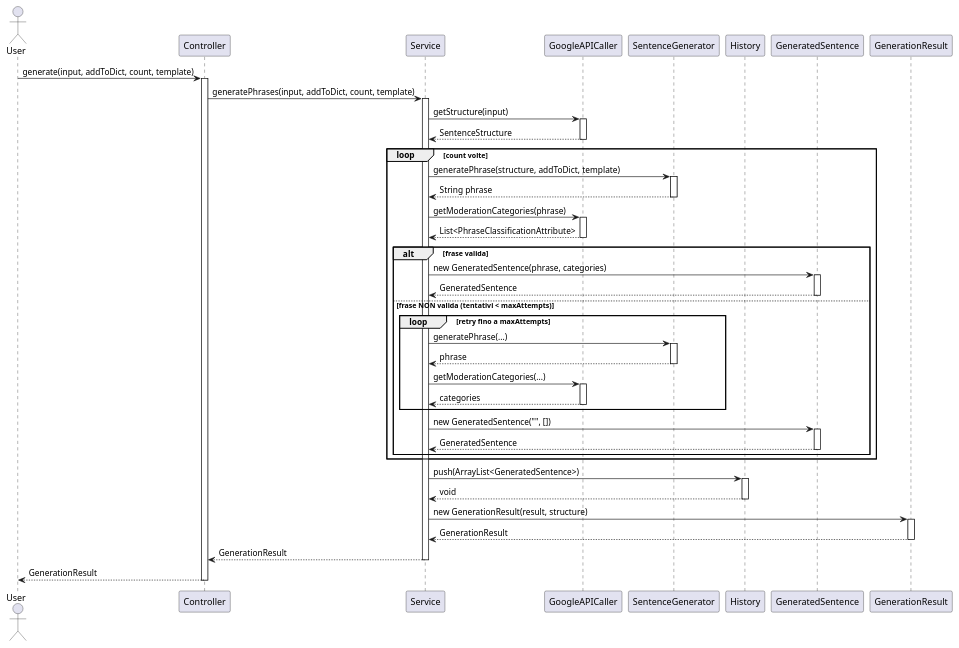
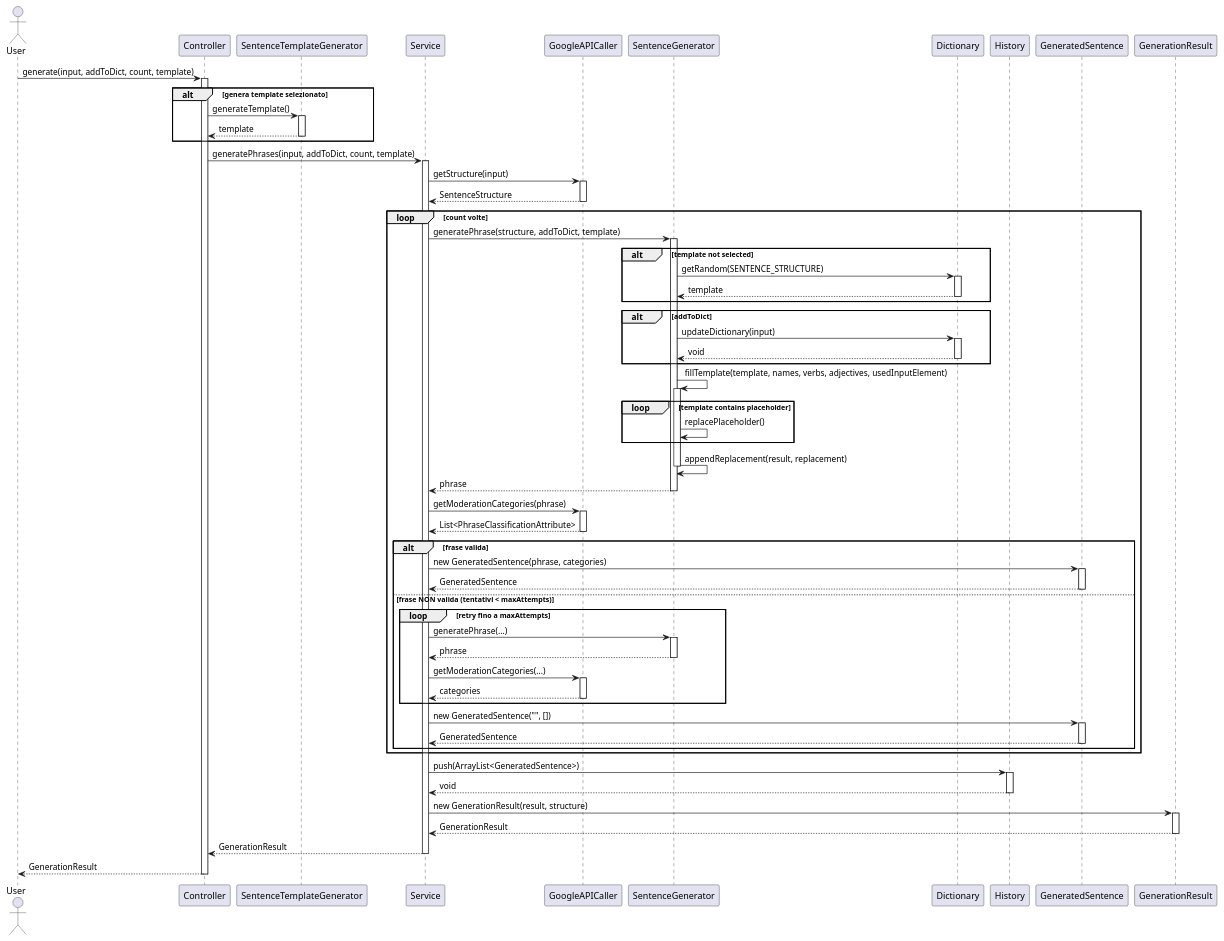
One commit to KosumovicDenis/NonsenseGenerator changed the diagram in deliverables/uml_diagrams/Internal1.plantuml. Above: the diagram before and after it, drawn with PlantUML. The commit also changed other lines of this file and 1 other file, not shown here.

```diff
--- a/deliverables/uml_diagrams/Internal1.plantuml
+++ b/deliverables/uml_diagrams/Internal1.plantuml
@@ -1,71 +1,104 @@
 @startuml
 actor User
 participant Controller
+participant SentenceTemplateGenerator as TemplateGen
 participant Service
 participant GoogleAPICaller as API
 participant SentenceGenerator as Generator
+participant Dictionary
 participant History
 participant GeneratedSentence
 participant GenerationResult
 
 User -> Controller : generate(input, addToDict, count, template)
 activate Controller
+
+alt genera template selezionato
+    Controller -> TemplateGen : generateTemplate()
+    activate TemplateGen
+    TemplateGen --> Controller : template
+    deactivate TemplateGen
+end
+
 Controller -> Service : generatePhrases(input, addToDict, count, template)
 activate Service
 
 Service -> API : getStructure(input)
 activate API
 API --> Service : SentenceStructure
 deactivate API
 
 loop count volte
     Service -> Generator : generatePhrase(structure, addToDict, template)
     activate Generator
-    Generator --> Service : String phrase
+
+    alt template not selected
+        Generator -> Dictionary : getRandom(SENTENCE_STRUCTURE)
+        activate Dictionary
+        Dictionary --> Generator : template
+        deactivate Dictionary
+    end
+
+    alt addToDict
+        Generator -> Dictionary : updateDictionary(input)
+        activate Dictionary
+        Dictionary --> Generator : void
+        deactivate Dictionary
+    end
+
+    Generator -> Generator : fillTemplate(template, names, verbs, adjectives, usedInputElement)
+    activate Generator
+    loop template contains placeholder
+        Generator -> Generator : replacePlaceholder()
+    end
+    Generator -> Generator : appendReplacement(result, replacement)
+    deactivate Generator
+
+    Generator --> Service : phrase
     deactivate Generator
 
     Service -> API : getModerationCategories(phrase)
     activate API
     API --> Service : List<PhraseClassificationAttribute>
     deactivate API
 
     alt frase valida
         Service -> GeneratedSentence : new GeneratedSentence(phrase, categories)
         activate GeneratedSentence
         Service <-- GeneratedSentence : GeneratedSentence
         deactivate GeneratedSentence
     else frase NON valida (tentativi < maxAttempts)
         loop retry fino a maxAttempts
             Service -> Generator : generatePhrase(...)
             activate Generator
             Generator --> Service : phrase
             deactivate Generator
 
             Service -> API : getModerationCategories(...)
             activate API
             API --> Service : categories
             deactivate API
         end
         Service -> GeneratedSentence : new GeneratedSentence("", [])
         activate GeneratedSentence
         Service <-- GeneratedSentence : GeneratedSentence
         deactivate GeneratedSentence
     end
 end
 
 Service -> History : push(ArrayList<GeneratedSentence>)
 activate History
 History --> Service : void
 deactivate History
 
 Service -> GenerationResult : new GenerationResult(result, structure)
 activate GenerationResult
 GenerationResult --> Service : GenerationResult
 deactivate GenerationResult
 
 Service --> Controller : GenerationResult
 deactivate Service
 
 Controller --> User : GenerationResult
 deactivate Controller
 @enduml
```
